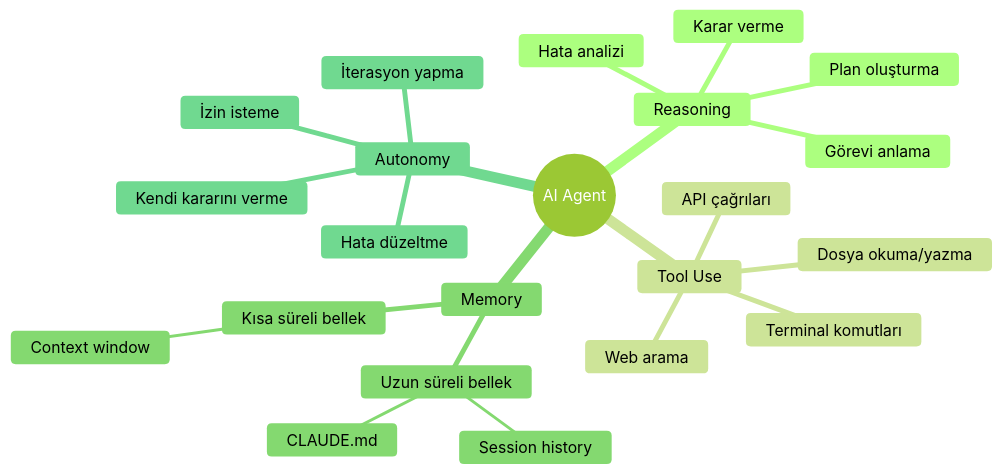
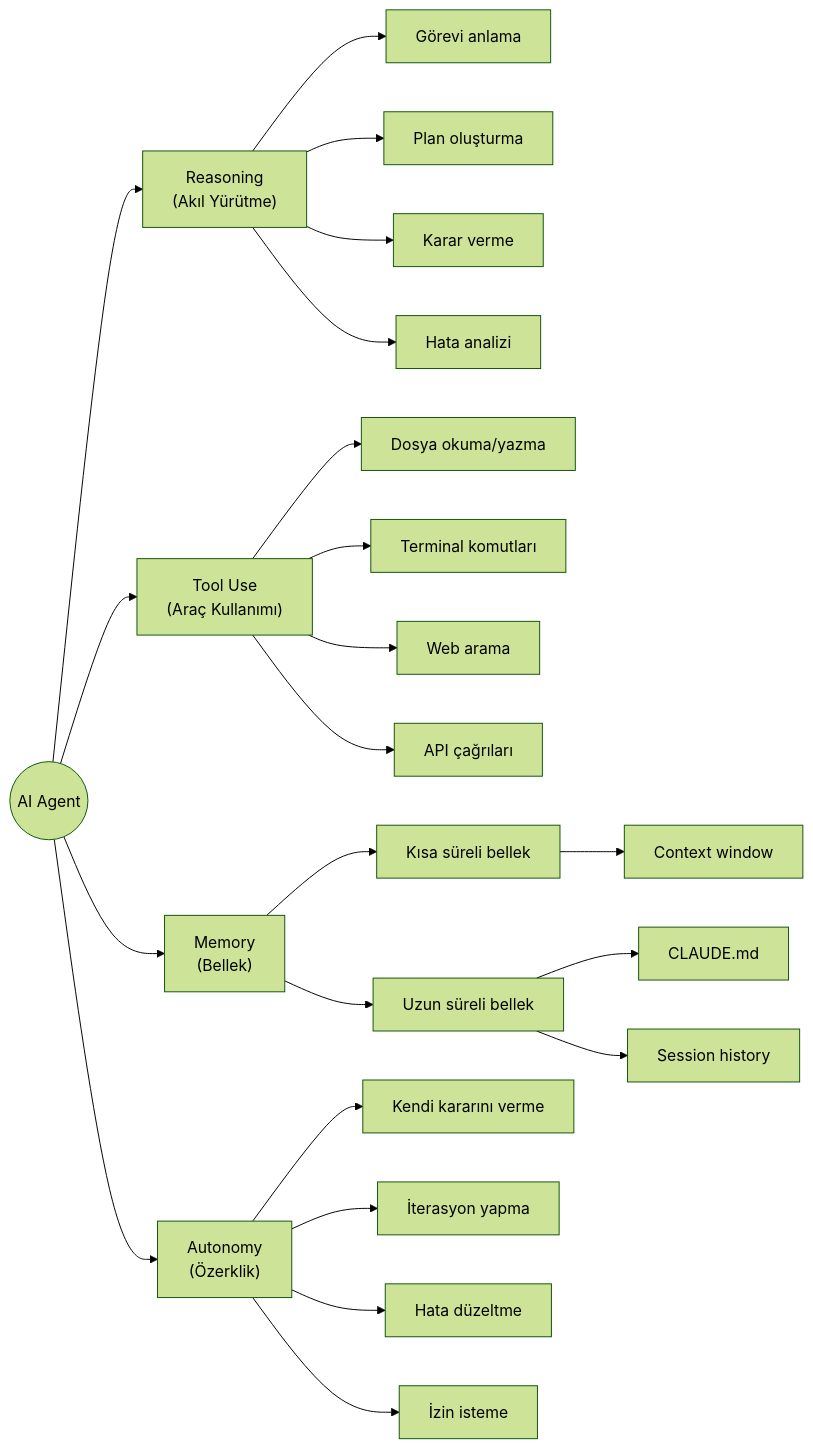
Before and after one commit to IzzetYasinAtes/ClaudeCodeHandbook: the second of 9 diagrams in 04-ai-destekli-gelistirme/02-ai-agent-ve-agentic-workflow.md, drawn with Mermaid (forest theme). The commit also changed other lines of this file and 145 other files, not shown here.

Commit message:
Updated README and various markdown files to enhance readability by replacing newline characters with HTML line breaks in flowcharts and diagrams. This improves the visual presentation of content related to AI fundamentals, large language models, and their applications.

````diff
--- a/04-ai-destekli-gelistirme/02-ai-agent-ve-agentic-workflow.md
+++ b/04-ai-destekli-gelistirme/02-ai-agent-ve-agentic-workflow.md
@@ -58,25 +58,30 @@
 ```mermaid
-mindmap
-  root((AI Agent))
-    Reasoning
-      Görevi anlama
-      Plan oluşturma
-      Karar verme
-      Hata analizi
-    Tool Use
-      Dosya okuma/yazma
-      Terminal komutları
-      Web arama
-      API çağrıları
-    Memory
-      Kısa süreli bellek
-        Context window
-      Uzun süreli bellek
-        CLAUDE.md
-        Session history
-    Autonomy
-      Kendi kararını verme
-      İterasyon yapma
-      Hata düzeltme
-      İzin isteme
+flowchart LR
+    AG((AI Agent))
+
+    AG --> R["Reasoning<br/>(Akıl Yürütme)"]
+    AG --> TU["Tool Use<br/>(Araç Kullanımı)"]
+    AG --> M["Memory<br/>(Bellek)"]
+    AG --> AU["Autonomy<br/>(Özerklik)"]
+
+    R --> R1["Görevi anlama"]
+    R --> R2["Plan oluşturma"]
+    R --> R3["Karar verme"]
+    R --> R4["Hata analizi"]
+
+    TU --> T1["Dosya okuma/yazma"]
+    TU --> T2["Terminal komutları"]
+    TU --> T3["Web arama"]
+    TU --> T4["API çağrıları"]
+
+    M --> M1["Kısa süreli bellek"]
+    M --> M2["Uzun süreli bellek"]
+    M1 --> M1A["Context window"]
+    M2 --> M2A["CLAUDE.md"]
+    M2 --> M2B["Session history"]
+
+    AU --> A1["Kendi kararını verme"]
+    AU --> A2["İterasyon yapma"]
+    AU --> A3["Hata düzeltme"]
+    AU --> A4["İzin isteme"]
 ```
````
